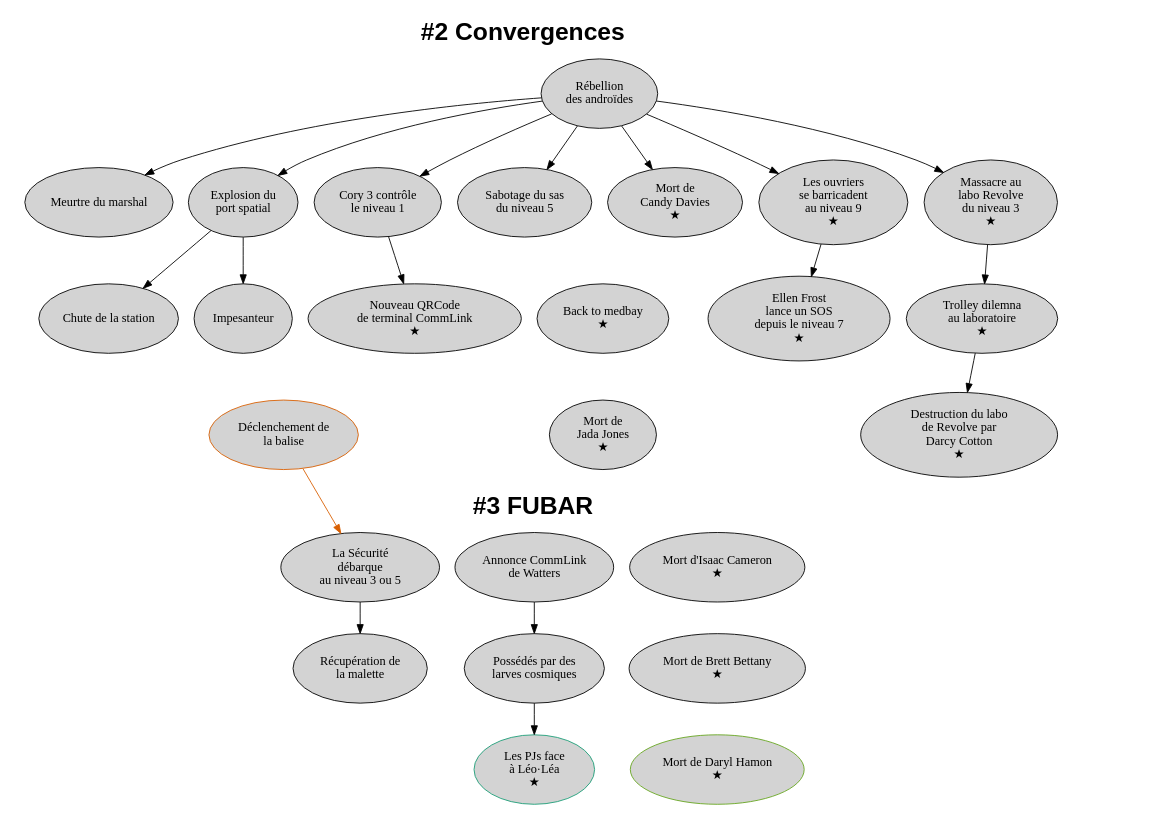
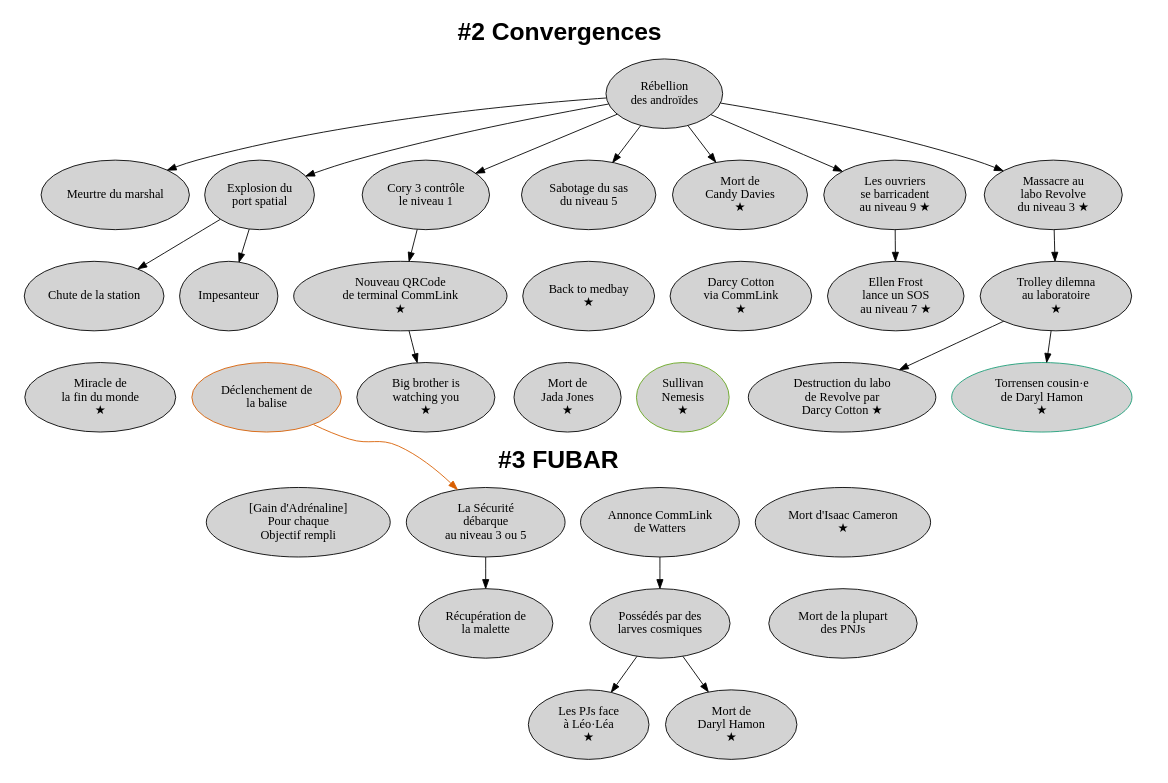
The diagram in ParadisPerdu/scenario2.dot (Lucas-C/jdr), drawn with Graphviz before and after one commit. The commit also changed 16 other files, not shown here.

```diff
--- a/ParadisPerdu/scenario2.dot
+++ b/ParadisPerdu/scenario2.dot
@@ -1,42 +1,48 @@
 digraph G {
     fontname = Helvetica;
     node [
         colorscheme = dark25,
         style = filled,
         fillcolor = lightgray,
         fontsize = 14,
         height = 1.1  # Make nodes higher
     ];
     edge [ colorscheme = dark25 ];
     # "If clusterrank=local, a subgraph whose name begins with cluster is given special treatment."
     subgraph cluster_partie_2 {
         peripheries = 0;  # => no border
         "Rébellion\ndes androïdes" -> "Meurtre du marshal";
         "Rébellion\ndes androïdes" -> "Explosion du\nport spatial" -> "Chute de la station";
-        "Rébellion\ndes androïdes" -> "Cory 3 contrôle\nle niveau 1" -> "Nouveau QRCode\nde terminal CommLink\n★";
+        "Rébellion\ndes androïdes" -> "Cory 3 contrôle\nle niveau 1" -> "Nouveau QRCode\nde terminal CommLink\n★" -> "Big brother is\nwatching you\n★";
         "Rébellion\ndes androïdes" -> "Sabotage du sas\ndu niveau 5";
         "Rébellion\ndes androïdes" -> "Mort de\nCandy Davies\n★";
+        "Mort de\nCandy Davies\n★" -> "Darcy Cotton\nvia CommLink\n★" [style=invis];
         "Explosion du\nport spatial" -> "Impesanteur";
-        "Rébellion\ndes androïdes" -> "Les ouvriers\nse barricadent\nau niveau 9\n★" -> "Ellen Frost\nlance un SOS\ndepuis le niveau 7\n★";
+        "Rébellion\ndes androïdes" -> "Les ouvriers\nse barricadent\nau niveau 9 ★" -> "Ellen Frost\nlance un SOS\nau niveau 7 ★";
         "Sabotage du sas\ndu niveau 5" -> "Back to medbay\n★" -> "Mort de\nJada Jones\n★" [style=invis];
-        "Rébellion\ndes androïdes" -> "Massacre au\nlabo Revolve\ndu niveau 3\n★" -> "Trolley dilemna\nau laboratoire\n★" -> "Destruction du labo\nde Revolve par\nDarcy Cotton\n★";
+        "Rébellion\ndes androïdes" -> "Massacre au\nlabo Revolve\ndu niveau 3 ★" -> "Trolley dilemna\nau laboratoire\n★" -> "Destruction du labo\nde Revolve par\nDarcy Cotton ★";
+        "Chute de la station" -> "Miracle de\nla fin du monde\n★" [style=invis];
+        "Torrensen cousin·e\nde Daryl Hamon\n★" [color=1];  # Torrensen
+        "Trolley dilemna\nau laboratoire\n★" -> "Torrensen cousin·e\nde Daryl Hamon\n★";
         "Déclenchement de\nla balise" [color=2];  # Park
         "Chute de la station" -> "Déclenchement de\nla balise" [style=invis];
+        "Sullivan\nNemesis\n★" [color=5];  # Sullivan
+        "Back to medbay\n★" -> "Sullivan\nNemesis\n★" [style=invis];
         fontsize = 28;
         label = <<b>#2 Convergences</b>>;
     }
     subgraph cluster_partie_3 {
         peripheries = 0;  # => no border
-        "Les PJs face\nà Léo·Léa\n★" [color=1];  # Torrensen
-        "Mort de Daryl Hamon\n★" [color=5];      # Sullivan
-        "Mort d'Isaac Cameron\n★" -> "Mort de Brett Bettany\n★" -> "Mort de Daryl Hamon\n★" [style=invis];
+        "Mort d'Isaac Cameron\n★" -> "Mort de la plupart\ndes PNJs" [style=invis];
         "Annonce CommLink\nde Watters" -> "Possédés par des\nlarves cosmiques" -> "Les PJs face\nà Léo·Léa\n★";
+        "Possédés par des\nlarves cosmiques" -> "Mort de\nDaryl Hamon\n★"
         "La Sécurité\ndébarque\nau niveau 3 ou 5" -> "Récupération de\nla malette";
         fontsize = 28;
+        "[Gain d'Adrénaline]\nPour chaque\nObjectif rempli";
         label = <<b>#3 FUBAR</b>>;
     }
     "Déclenchement de\nla balise" -> "La Sécurité\ndébarque\nau niveau 3 ou 5" [color=2];
     // Force clusters based on (added) rank
     // Recipe from: https://stackoverflow.com/a/72102766/636849
     {"Rébellion\ndes androïdes"} -> {"Annonce CommLink\nde Watters"} [style=invis];
 }
```
